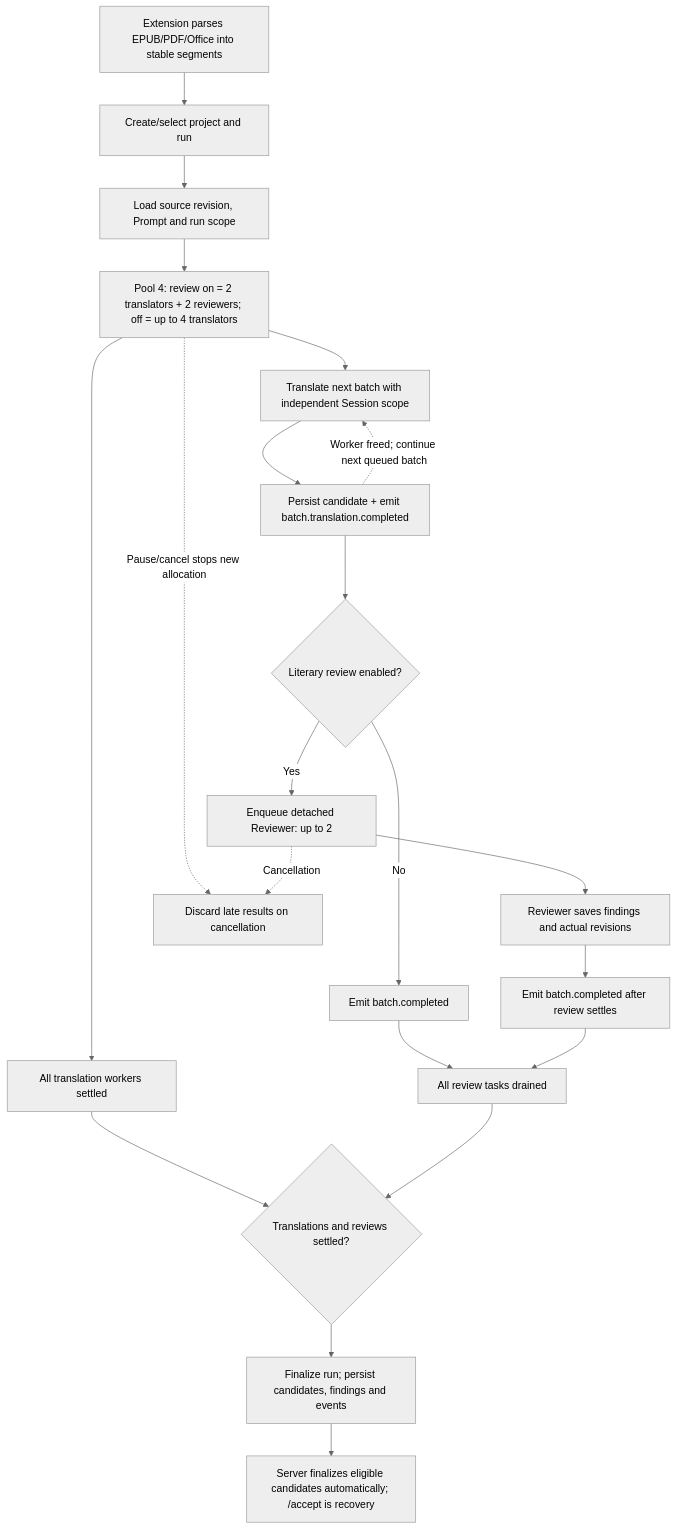
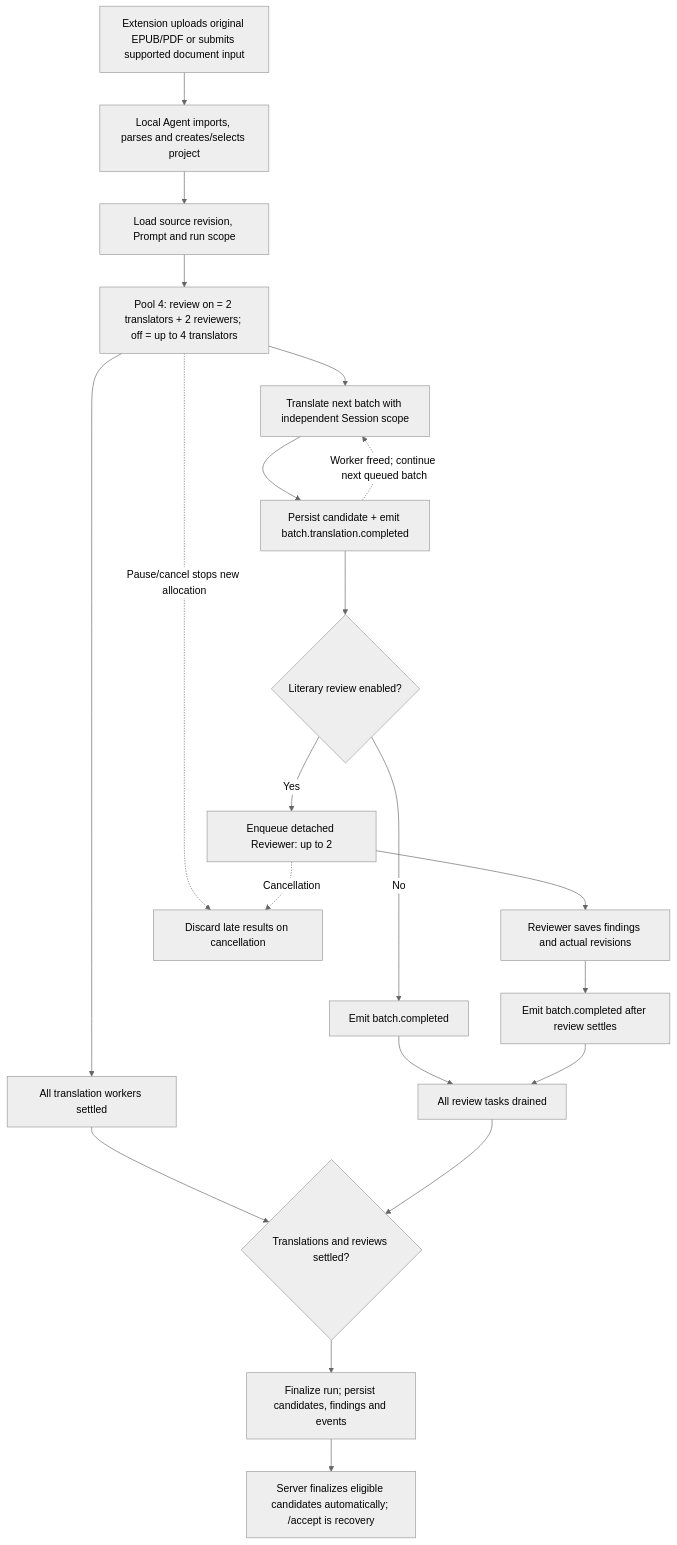
The fourth of 4 diagrams in README.md (saga/vocal-saga), drawn with Mermaid (neutral theme) before and after one commit. The commit also changed other lines of this file, not shown here.

Commit message:
Document Local Agent server-only document persistence

````diff
--- a/README.md
+++ b/README.md
@@ -121,23 +121,23 @@
 ```mermaid
 flowchart TD
-    A[Extension parses EPUB/PDF/Office into stable segments] --> B[Create/select project and run]
+    A[Extension uploads original EPUB/PDF or submits supported document input] --> B[Local Agent imports, parses and creates/selects project]
     B --> C[Load source revision, Prompt and run scope]
     C --> D[Pool 4: review on = 2 translators + 2 reviewers; off = up to 4 translators]
     D --> E[Translate next batch with independent Session scope]
     E --> F[Persist candidate + emit batch.translation.completed]
     F --> G{Literary review enabled?}
     G -- No --> H[Emit batch.completed]
     G -- Yes --> I[Enqueue detached Reviewer: up to 2]
     I --> J[Reviewer saves findings and actual revisions]
     J --> K[Emit batch.completed after review settles]
     F -. Worker freed; continue next queued batch .-> E
     D --> L[All translation workers settled]
     H --> M[All review tasks drained]
     K --> M
     L --> N{Translations and reviews settled?}
     M --> N
     N --> O[Finalize run; persist candidates, findings and events]
     O --> Q[Server finalizes eligible candidates automatically; /accept is recovery]
     D -. Pause/cancel stops new allocation .-> P[Discard late results on cancellation]
     I -. Cancellation .-> P
 ```
````
